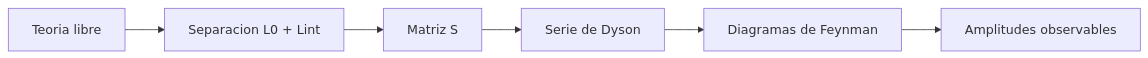
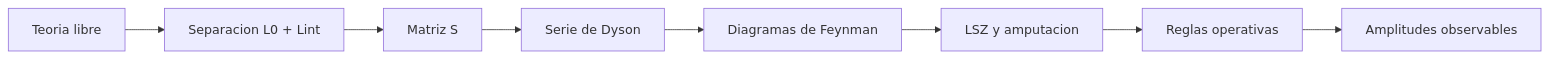
One commit to LegalIntermediaSL/QFT changed the diagram in Tutorial/05_interacciones_y_perturbaciones/README.md. Above: the diagram before and after it, drawn with Mermaid. The commit also changed other lines of this file and 76 other files, not shown here.

````diff
--- a/Tutorial/05_interacciones_y_perturbaciones/README.md
+++ b/Tutorial/05_interacciones_y_perturbaciones/README.md
@@ -14,8 +21,10 @@
 ```mermaid
 flowchart LR
     A["Teoria libre"] --> B["Separacion L0 + Lint"]
     B --> C["Matriz S"]
     C --> D["Serie de Dyson"]
     D --> E["Diagramas de Feynman"]
-    E --> F["Amplitudes observables"]
+    E --> F["LSZ y amputacion"]
+    F --> G["Reglas operativas"]
+    G --> H["Amplitudes observables"]
 ```
````
